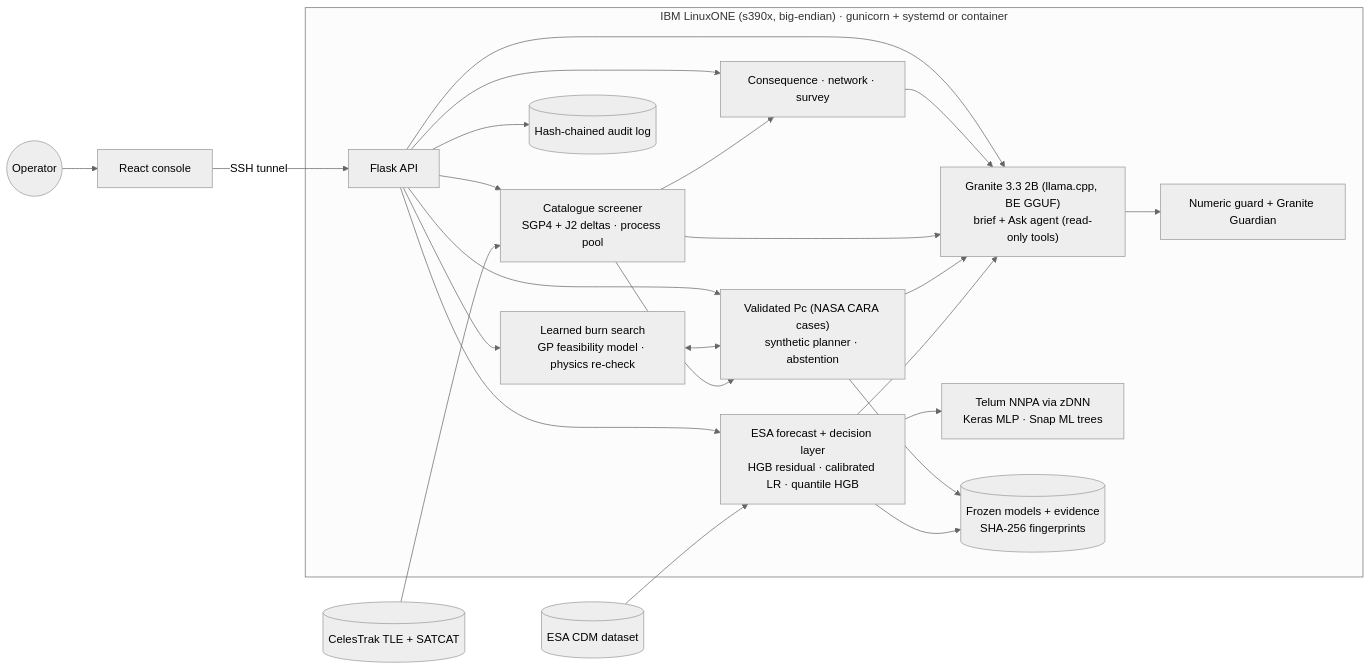
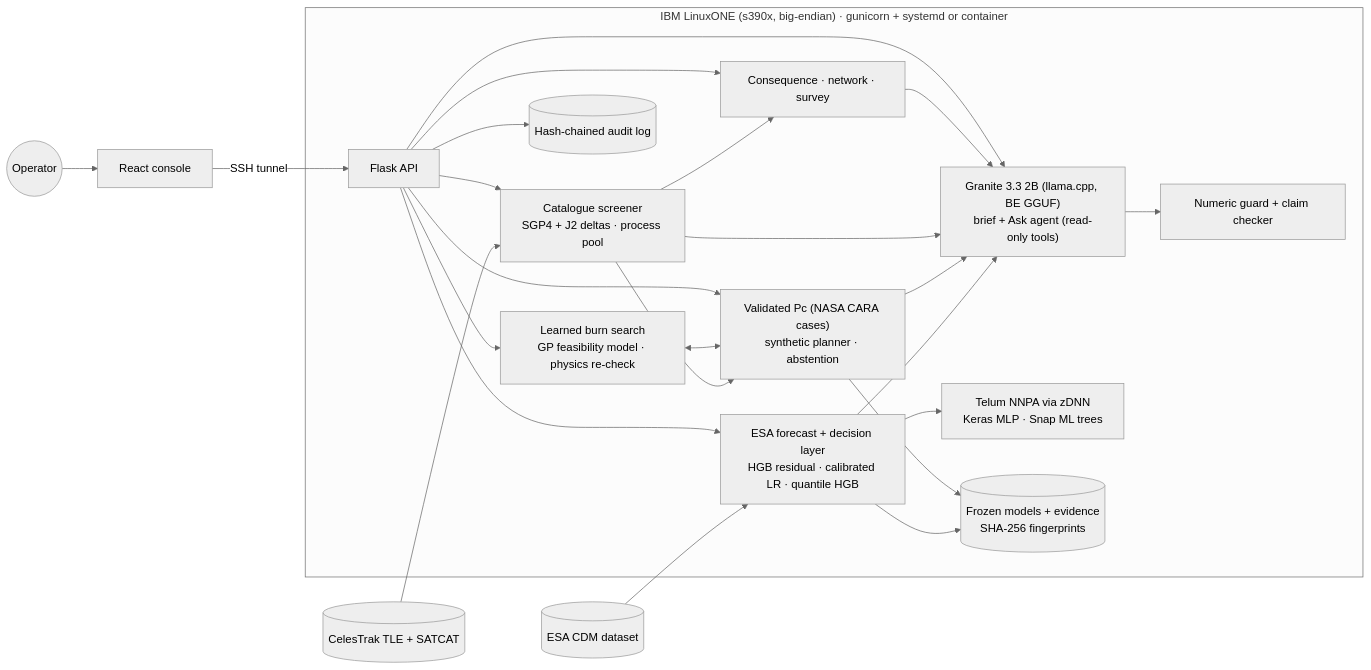
The diagram in README.md (ryash072007/Datathon2-OrbitGuard), drawn with Mermaid (neutral theme) before and after one commit. The commit also changed other lines of this file and 3 other files, not shown here.

````diff
--- a/README.md
+++ b/README.md
@@ -68,28 +68,28 @@
 ```mermaid
 flowchart LR
   subgraph L1["IBM LinuxONE (s390x, big-endian) · gunicorn + systemd or container"]
     API[Flask API]:::svc
     ML["ESA forecast + decision layer<br/>HGB residual · calibrated LR · quantile HGB"]
     PH["Validated Pc (NASA CARA cases)<br/>synthetic planner · abstention"]
     CAT["Catalogue screener<br/>SGP4 + J2 deltas · process pool"]
     CON["Consequence · network · survey"]
     OPT["Learned burn search<br/>GP feasibility model · physics re-check"]
     LLM["Granite 3.3 2B (llama.cpp, BE GGUF)<br/>brief + Ask agent (read-only tools)"]
-    GRD["Numeric guard + Granite Guardian"]
+    GRD["Numeric guard + claim checker"]
     NN["Telum NNPA via zDNN<br/>Keras MLP · Snap ML trees"]
     AUD[("Hash-chained audit log")]
     ART[("Frozen models + evidence<br/>SHA-256 fingerprints")]
   end
   ESA[(ESA CDM dataset)] --> ML
   CT[(CelesTrak TLE + SATCAT)] --> CAT
   CAT --> PH
   CAT --> CON
   OPT <--> PH
   ML --> NN
   ML & PH & CAT & CON --> LLM
   LLM --> GRD
   API --> ML & PH & OPT & CAT & CON & LLM & AUD
   ML & PH --> ART
   UI[React console] -- SSH tunnel --> API
   OP((Operator)) --> UI
 ```
````
